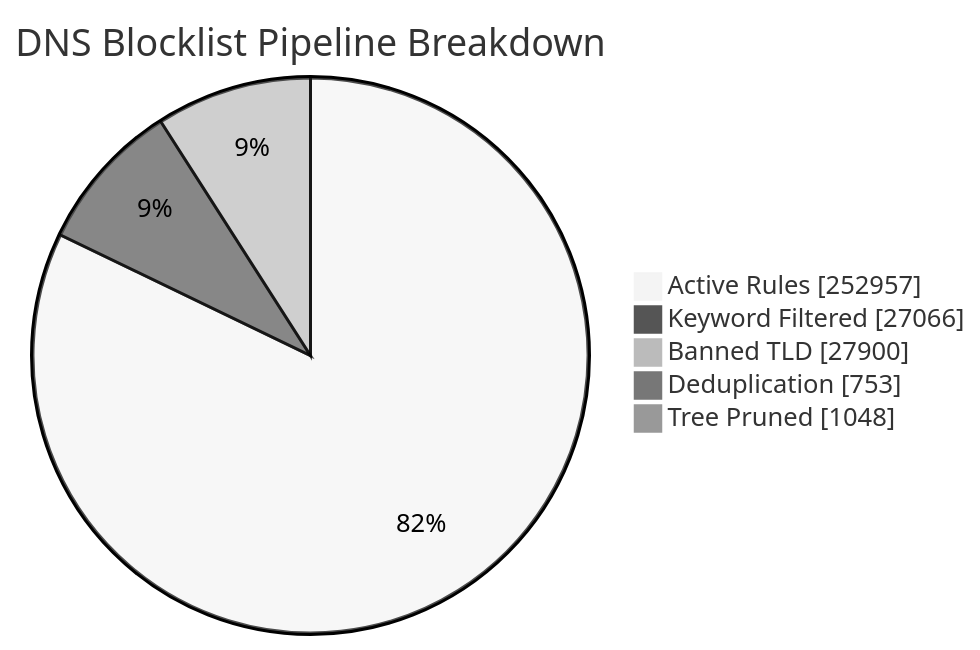
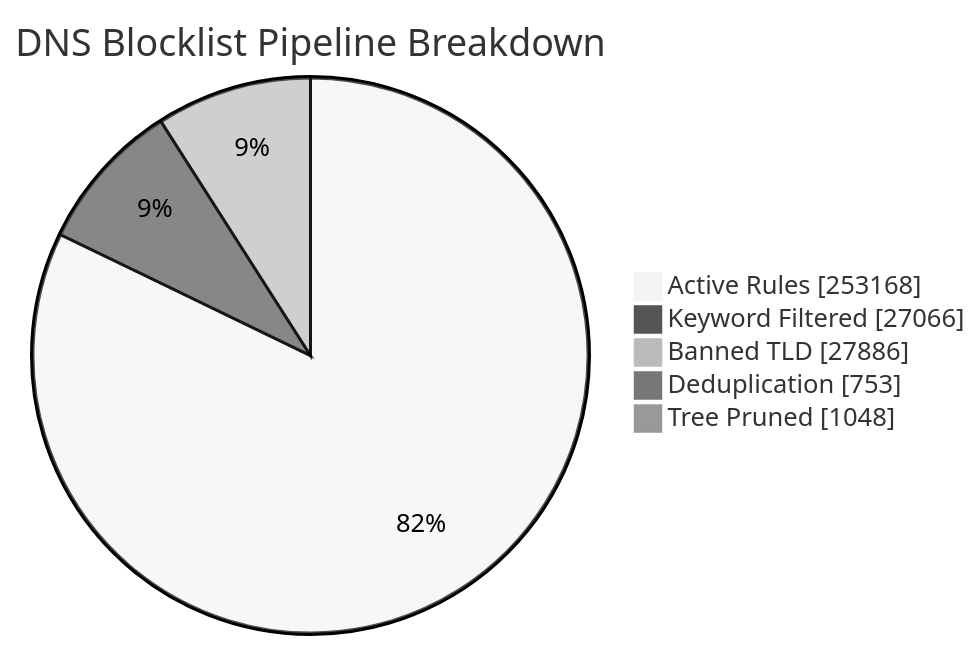
One commit to brojangles24/Cloudflare-ZeroTrust-AdBlock changed the first of 6 diagrams in README_STATS.md. Above: the diagram before and after it, drawn with Mermaid (neutral theme). The commit also changed other lines of this file and 1 other file, not shown here.

````diff
--- a/README_STATS.md
+++ b/README_STATS.md
@@ -41,8 +41,8 @@
 ```mermaid
 pie showData title DNS Blocklist Pipeline Breakdown
-    "Active Rules"     : 252957
+    "Active Rules"     : 253168
     "Keyword Filtered" : 27066
-    "Banned TLD"       : 27900
+    "Banned TLD"       : 27886
     "Deduplication"    : 753
     "Tree Pruned"      : 1048
 ```
````
